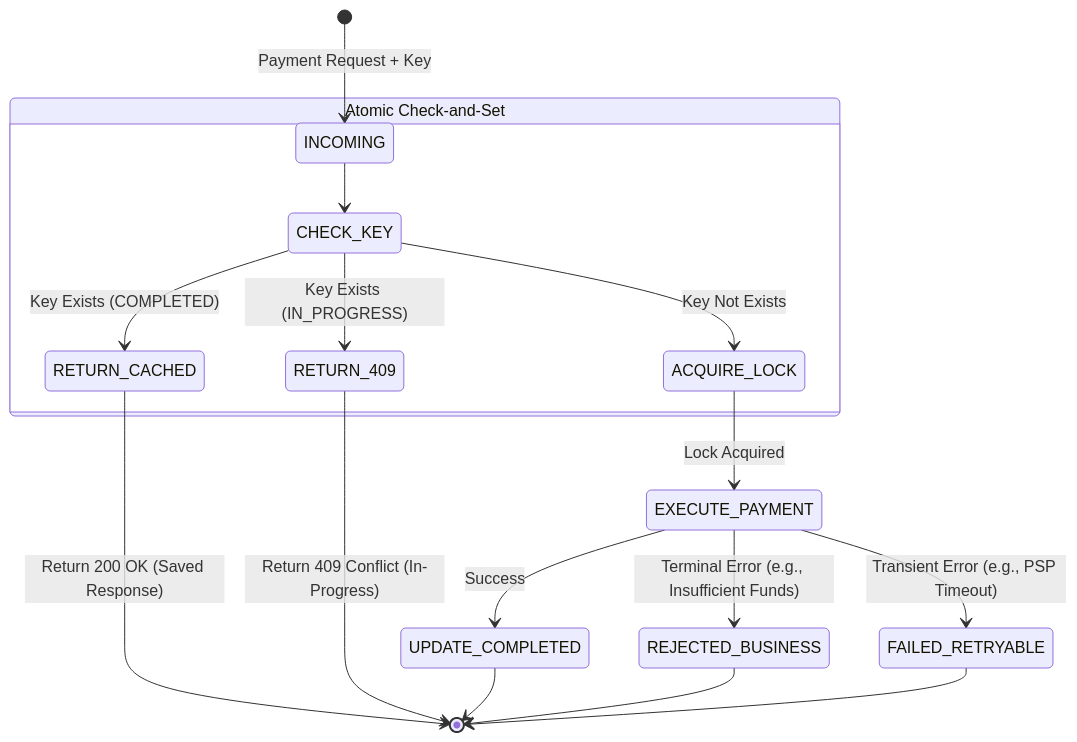
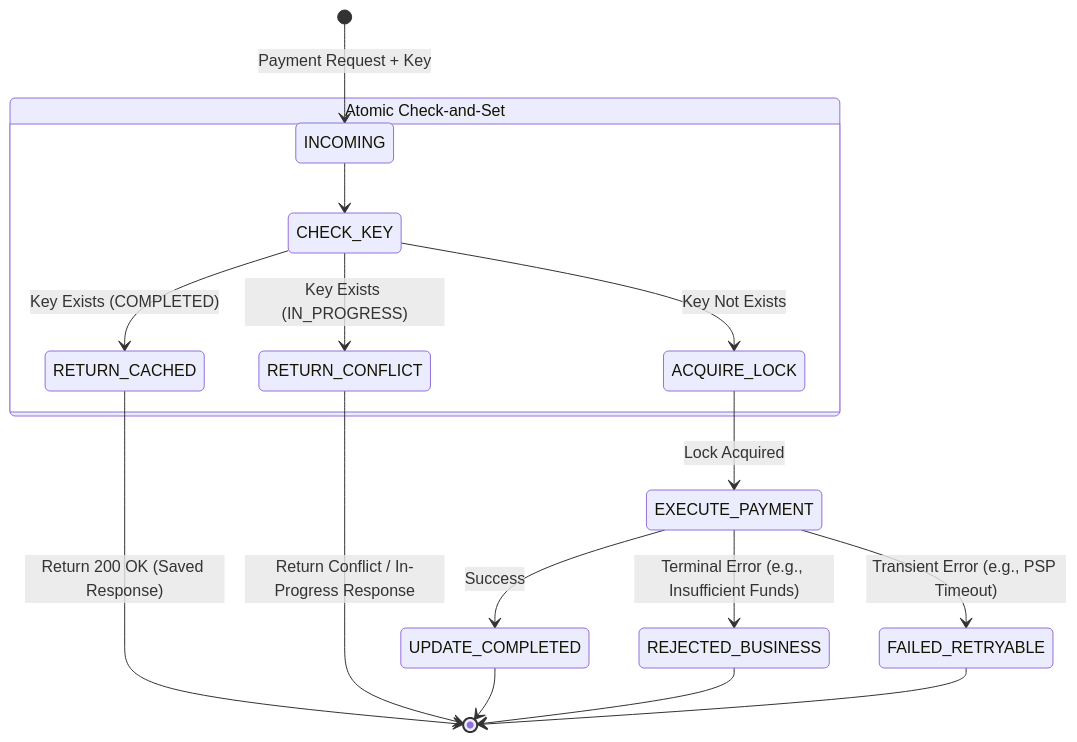
Before and after one commit to tuanhiep/tuanhiep.github.io: the diagram in content/posts/series_2/1.global_payment_gateway_idempotency.md, drawn with Mermaid. The commit also changed other lines of this file, not shown here.

````diff
--- a/content/posts/series_2/1.global_payment_gateway_idempotency.md
+++ b/content/posts/series_2/1.global_payment_gateway_idempotency.md
@@ -64,23 +60,23 @@
 ```mermaid
 stateDiagram-v2
     [*] --> INCOMING: Payment Request + Key
 
     state "Atomic Check-and-Set" as CAS {
         INCOMING --> CHECK_KEY
         CHECK_KEY --> RETURN_CACHED: Key Exists (COMPLETED)
-        CHECK_KEY --> RETURN_409: Key Exists (IN_PROGRESS)
+        CHECK_KEY --> RETURN_CONFLICT: Key Exists (IN_PROGRESS)
         CHECK_KEY --> ACQUIRE_LOCK: Key Not Exists
     }
 
     RETURN_CACHED --> [*]: Return 200 OK (Saved Response)
-    RETURN_409 --> [*]: Return 409 Conflict (In-Progress)
+    RETURN_CONFLICT --> [*]: Return Conflict / In-Progress Response
 
     ACQUIRE_LOCK --> EXECUTE_PAYMENT: Lock Acquired
     EXECUTE_PAYMENT --> UPDATE_COMPLETED: Success
     EXECUTE_PAYMENT --> REJECTED_BUSINESS: Terminal Error (e.g., Insufficient Funds)
     EXECUTE_PAYMENT --> FAILED_RETRYABLE: Transient Error (e.g., PSP Timeout)
 
     UPDATE_COMPLETED --> [*]
     REJECTED_BUSINESS --> [*]
     FAILED_RETRYABLE --> [*]
 ```
````
